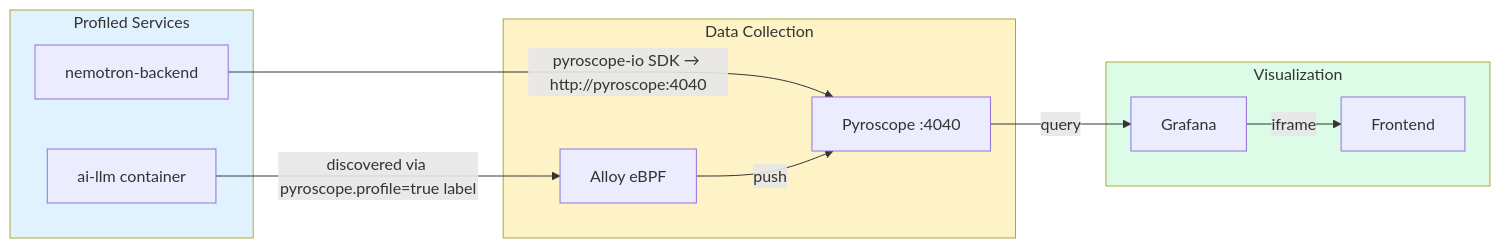
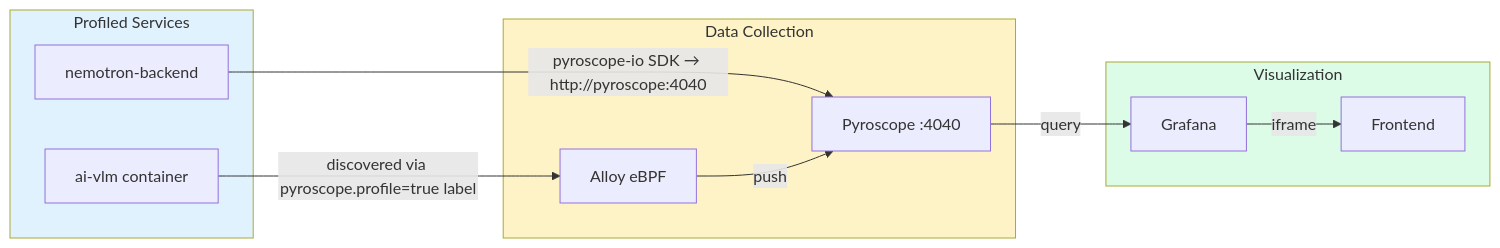
The diagram in docs/ui/pyroscope.md (mikesvoboda/nemotron-v3-home-security-intelligence), drawn with Mermaid before and after one commit. The commit also changed other lines of this file and 231 other files, not shown here.

````diff
--- a/docs/ui/pyroscope.md
+++ b/docs/ui/pyroscope.md
@@ -211,27 +211,27 @@
 ```mermaid
 flowchart LR
     subgraph Services["Profiled Services"]
         B[nemotron-backend]
-        L[ai-llm container]
+        L[ai-vlm container]
     end
 
     subgraph Collection["Data Collection"]
         A[Alloy eBPF]
         P[Pyroscope :4040]
     end
 
     subgraph Visualization["Visualization"]
         G[Grafana]
         F[Frontend]
     end
 
     B -->|"pyroscope-io SDK → http://pyroscope:4040"| P
     L -->|"discovered via pyroscope.profile=true label"| A
     A -->|push| P
     P -->|query| G
     G -->|iframe| F
 
     style Services fill:#e0f2fe
     style Collection fill:#fef3c7
     style Visualization fill:#dcfce7
 ```
````
